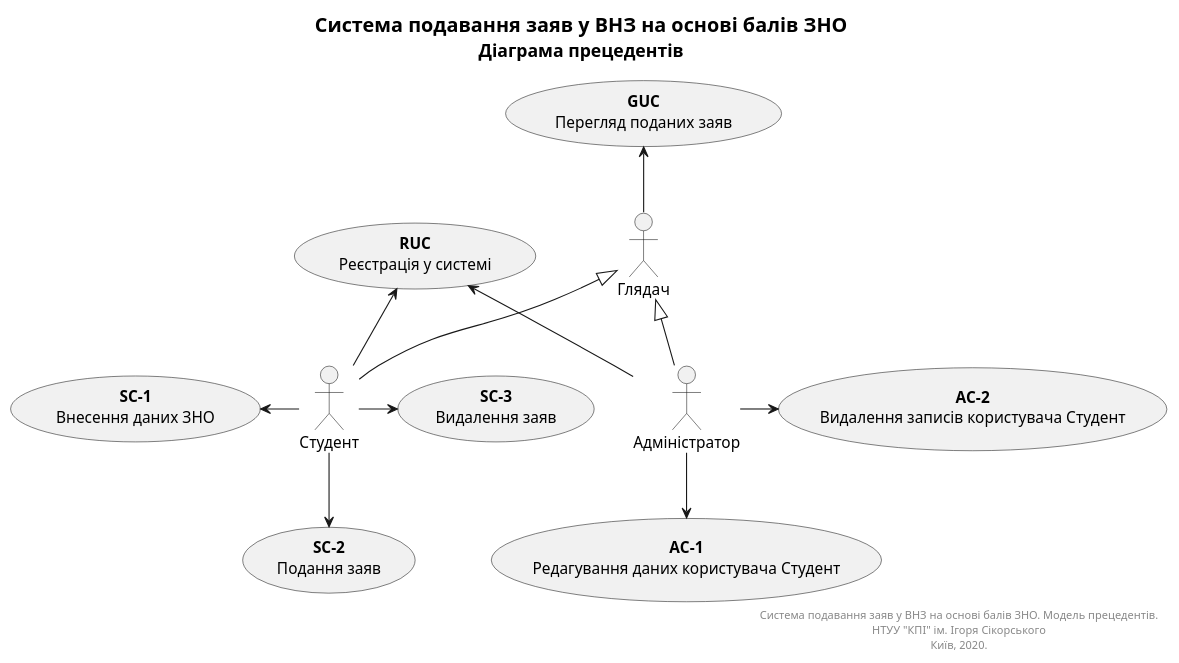
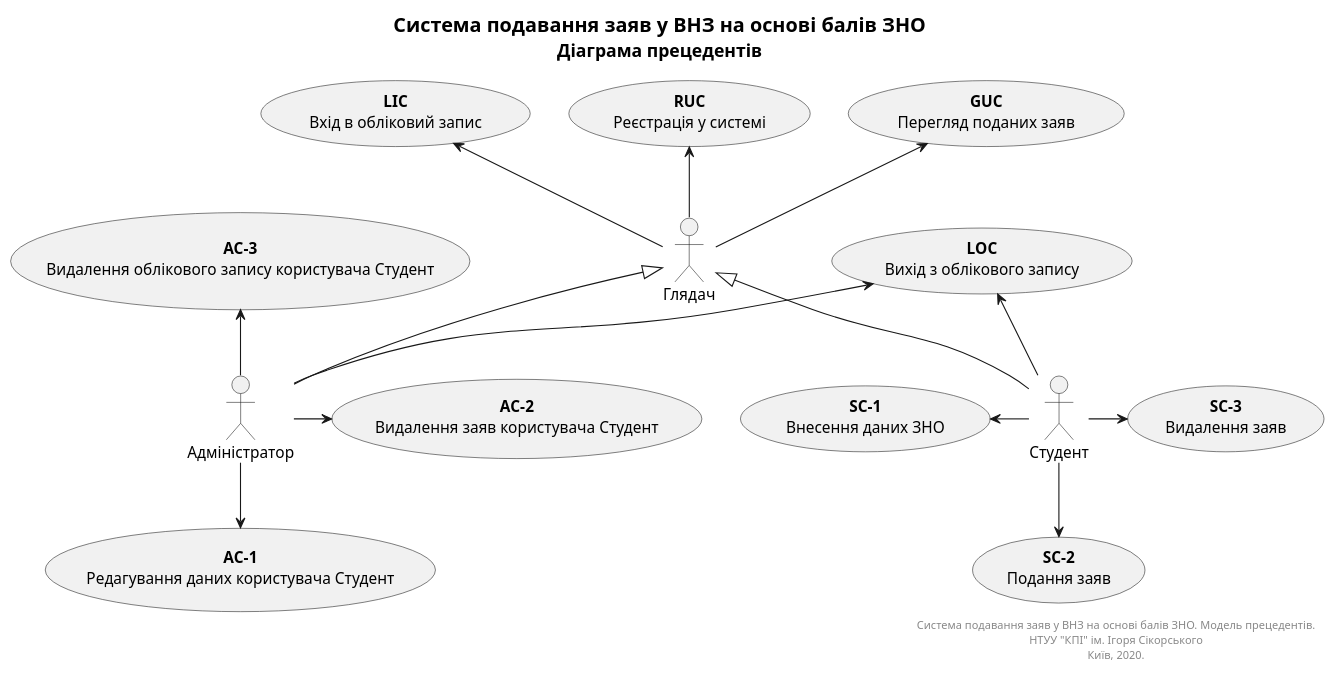
One commit to KPI-IP94-Database/TeamThreeProject changed the diagram in docs/src/diagrams/relations/usecase.puml. Above: the diagram before and after it, drawn with PlantUML.

```diff
--- a/docs/src/diagrams/relations/usecase.puml
+++ b/docs/src/diagrams/relations/usecase.puml
@@ -1,54 +1,62 @@
 @startuml
-
 title
 <font size=18 color=black>Система подавання заяв у ВНЗ на основі балів ЗНО
 <font size=16 color=black>Діаграма прецедентів
 end title
 
 
 ' Set actors
 actor "Глядач" as Viewer
 actor "Студент" as Student
 actor "Адміністратор" as Admin
 
 ' Use cases
 
 ' Use case, general for everyone (General Use Case)
 usecase "<b>GUC</b>\nПерегляд поданих заяв" as GUC
 
 ' Registration use case (RUC)
 usecase "<b>RUC</b>\nРеєстрація у системі" as RUC
 
+' Login use case (LIC)
+usecase "<b>LIC</b>\nВхід в обліковий запис" as LIC
+
+' Logout use case (LOC)
+usecase "<b>LOC</b>\nВихід з облікового запису" as LOC
+
 ' Student use cases (SC)
 usecase "<b>SC-1</b>\nВнесення даних ЗНО" as SC1
 usecase "<b>SC-2</b>\nПодання заяв" as SC2
 usecase "<b>SC-3</b>\nВидалення заяв" as SC3
 
 ' Admin use cases
 usecase "<b>AC-1</b>\nРедагування даних користувача Студент" as AC1
-usecase "<b>AC-2</b>\nВидалення записів користувача Студент" as AC2
+usecase "<b>AC-2</b>\nВидалення заяв користувача Студент" as AC2
+usecase "<b>AC-3</b>\nВидалення облікового запису користувача Студент" as AC3
 
 ' Derivation links
 Student -u-|> Viewer
 Admin -u-|> Viewer
 
 ' Use case linking
 Viewer -u-> GUC
+Viewer -u-> RUC
+Viewer -u-> LIC
 
-Student -u-> RUC
-Admin -u-> RUC
+Student -u-> LOC
+Admin -u-> LOC
 
 Student -l-> SC1
 Student -d-> SC2
 Student -r-> SC3
 
 Admin -d-> AC1
 Admin -r-> AC2
+Admin -u-> AC3
 
 right footer
 Система подавання заяв у ВНЗ на основі балів ЗНО. Модель прецедентів.
 НТУУ "КПІ" ім. Ігоря Сікорського
 Київ, 2020.
 end footer
-
 @enduml
```
